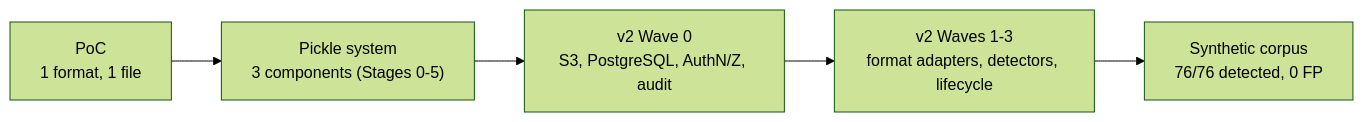
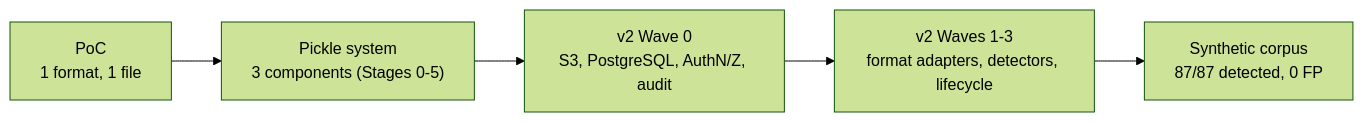
One commit to pol4/MLScan changed the diagram in README.en.md. Above: the diagram before and after it, drawn with Mermaid (forest theme). The commit also changed other lines of this file and 51 other files, not shown here.

````diff
--- a/README.en.md
+++ b/README.en.md
@@ -32,7 +32,7 @@
 ```mermaid
 flowchart LR
   P["PoC<br/>1 format, 1 file"] --> S["Pickle system<br/>3 components (Stages 0-5)"]
   S --> V0["v2 Wave 0<br/>S3, PostgreSQL, AuthN/Z, audit"]
   V0 --> V1["v2 Waves 1-3<br/>format adapters, detectors, lifecycle"]
-  V1 --> T["Synthetic corpus<br/>76/76 detected, 0 FP"]
+  V1 --> T["Synthetic corpus<br/>87/87 detected, 0 FP"]
 ```
````
